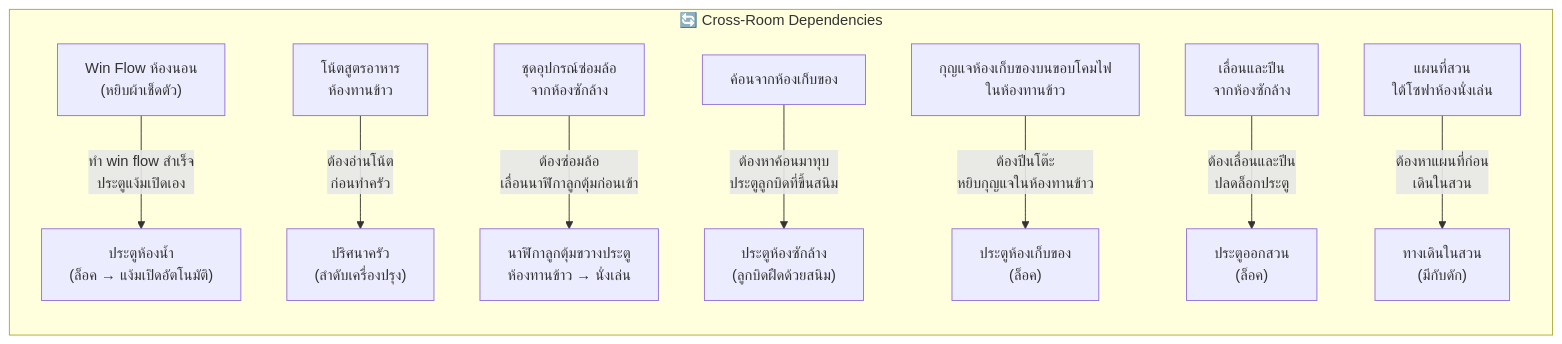
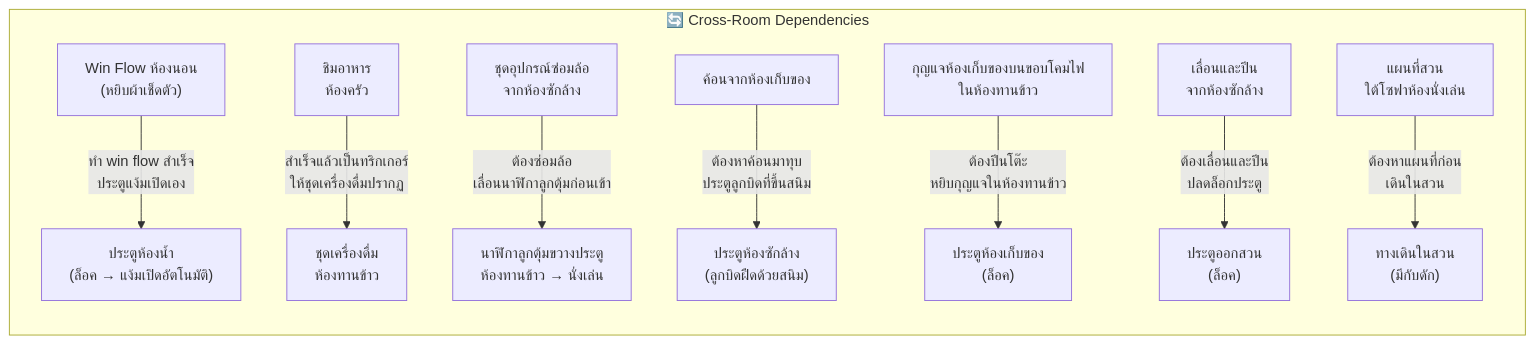
One commit to witchu/horror-adventure changed the second of 2 diagrams in map.md. Above: the diagram before and after it, drawn with Mermaid. The commit also changed other lines of this file, not shown here.

````diff
--- a/map.md
+++ b/map.md
@@ -66,32 +66,32 @@
 ```mermaid
 graph LR
     subgraph "🔄 Cross-Room Dependencies"
         BED_FLOW["Win Flow ห้องนอน\n(หยิบผ้าเช็ดตัว)"]
         BATH_DOOR["ประตูห้องน้ำ\n(ล็อค → แง้มเปิดอัตโนมัติ)"]
         BED_FLOW -->|"ทำ win flow สำเร็จ\nประตูแง้มเปิดเอง"| BATH_DOOR
 
-        DIN_NOTE["โน้ตสูตรอาหาร\nห้องทานข้าว"]
-        KIT_PUZZLE["ปริศนาครัว\n(ลำดับเครื่องปรุง)"]
-        DIN_NOTE -->|"ต้องอ่านโน้ต\nก่อนทำครัว"| KIT_PUZZLE
+        KIT_FOOD["ชิมอาหาร\nห้องครัว"]
+        DIN_TEA["ชุดเครื่องดื่ม\nห้องทานข้าว"]
+        KIT_FOOD -->|"สำเร็จแล้วเป็นทริกเกอร์\nให้ชุดเครื่องดื่มปรากฏ"| DIN_TEA
 
         DIN_CABINET["นาฬิกาลูกตุ้มขวางประตู\nห้องทานข้าว → นั่งเล่น"]
         LAU_ITEM["ชุดอุปกรณ์ซ่อมล้อ\nจากห้องซักล้าง"]
         LAU_ITEM -->|"ต้องซ่อมล้อ\nเลื่อนนาฬิกาลูกตุ้มก่อนเข้า"| DIN_CABINET
 
         LAU_DOOR["ประตูห้องซักล้าง\n(ลูกบิดฝืดด้วยสนิม)"]
         STO_HAMMER["ค้อนจากห้องเก็บของ"]
         STO_HAMMER -->|"ต้องหาค้อนมาทุบ\nประตูลูกบิดที่ขึ้นสนิม"| LAU_DOOR
 
         STO_DOOR["ประตูห้องเก็บของ\n(ล็อค)"]
         DIN_KEY["กุญแจห้องเก็บของบนขอบโคมไฟ\nในห้องทานข้าว"]
         DIN_KEY -->|"ต้องปีนโต๊ะ\nหยิบกุญแจในห้องทานข้าว"| STO_DOOR
 
         GAR_DOOR["ประตูออกสวน\n(ล็อค)"]
         LAU_CLIMB["เลื่อนและปีน\nจากห้องซักล้าง"]
         LAU_CLIMB -->|"ต้องเลื่อนและปีน\nปลดล็อกประตู"| GAR_DOOR
 
         GAR_PATH["ทางเดินในสวน\n(มีกับดัก)"]
         LIV_MAP["แผนที่สวน\nใต้โซฟาห้องนั่งเล่น"]
         LIV_MAP -->|"ต้องหาแผนที่ก่อน\nเดินในสวน"| GAR_PATH
     end
 ```
````
